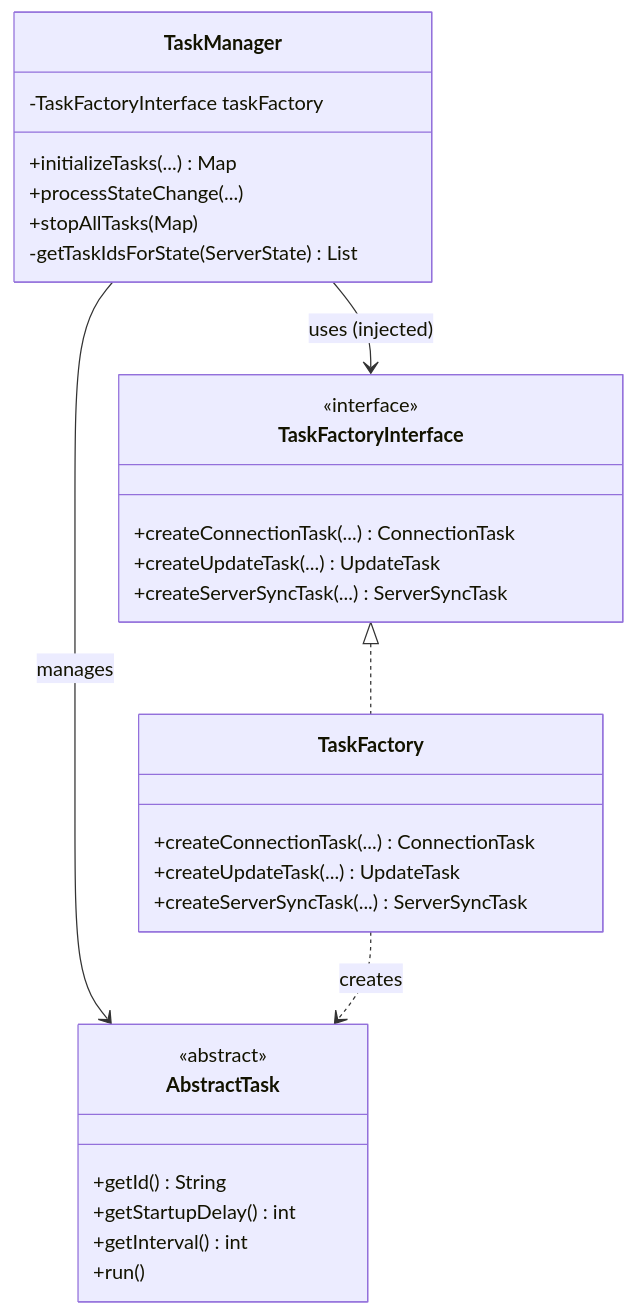
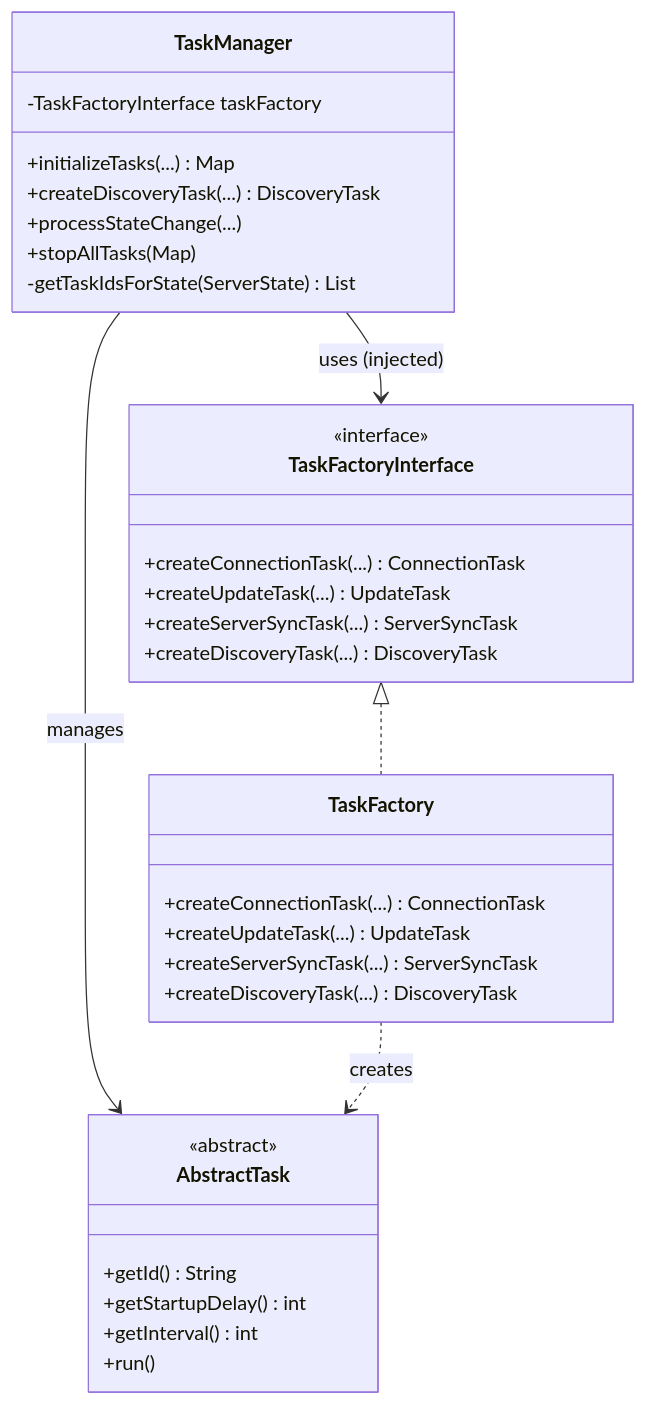
One commit to openhab/openhab-addons changed the first of 3 diagrams in bundles/org.openhab.binding.jellyfin/docs/architecture/task-management.md. Above: the diagram before and after it, drawn with Mermaid. The commit also changed other lines of this file and 11 other files, not shown here.

First line of the commit message:
refactor(jellyfin): integrate client discovery with TaskManager infrastructure

````diff
--- a/bundles/org.openhab.binding.jellyfin/docs/architecture/task-management.md
+++ b/bundles/org.openhab.binding.jellyfin/docs/architecture/task-management.md
@@ -26,37 +30,40 @@
 ```mermaid
 classDiagram
     %% Task management relationships
     TaskManager --> TaskFactoryInterface : uses (injected)
     TaskManager --> AbstractTask : manages
     TaskFactoryInterface <|.. TaskFactory
     TaskFactory ..> AbstractTask : creates
     
     class TaskManager {
         -TaskFactoryInterface taskFactory
         +initializeTasks(...) Map
+        +createDiscoveryTask(...) DiscoveryTask
         +processStateChange(...)
         +stopAllTasks(Map)
         -getTaskIdsForState(ServerState) List
     }
     
     class TaskFactoryInterface {
         <<interface>>
         +createConnectionTask(...) ConnectionTask
         +createUpdateTask(...) UpdateTask
         +createServerSyncTask(...) ServerSyncTask
+        +createDiscoveryTask(...) DiscoveryTask
     }
     
     class TaskFactory {
         +createConnectionTask(...) ConnectionTask
         +createUpdateTask(...) UpdateTask
         +createServerSyncTask(...) ServerSyncTask
+        +createDiscoveryTask(...) DiscoveryTask
     }
     
     class AbstractTask {
         <<abstract>>
         +getId() String
         +getStartupDelay() int
         +getInterval() int
         +run()
     }
 ```
````
